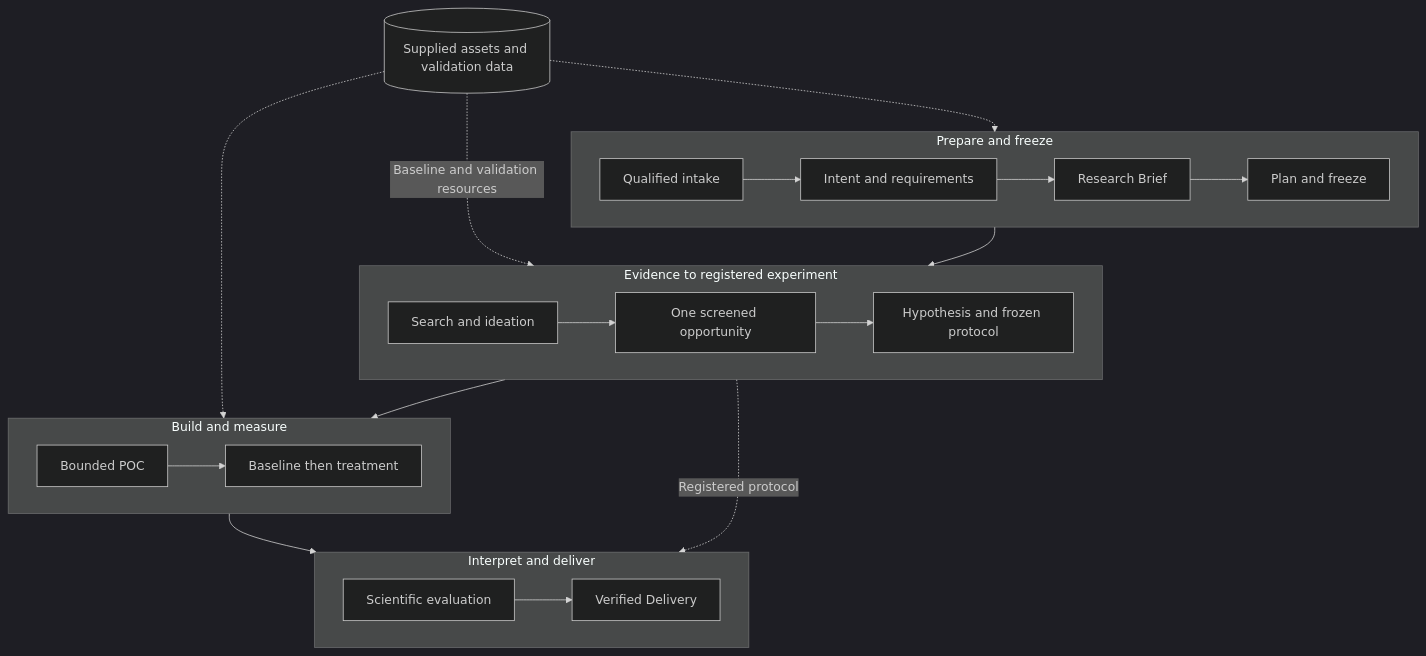
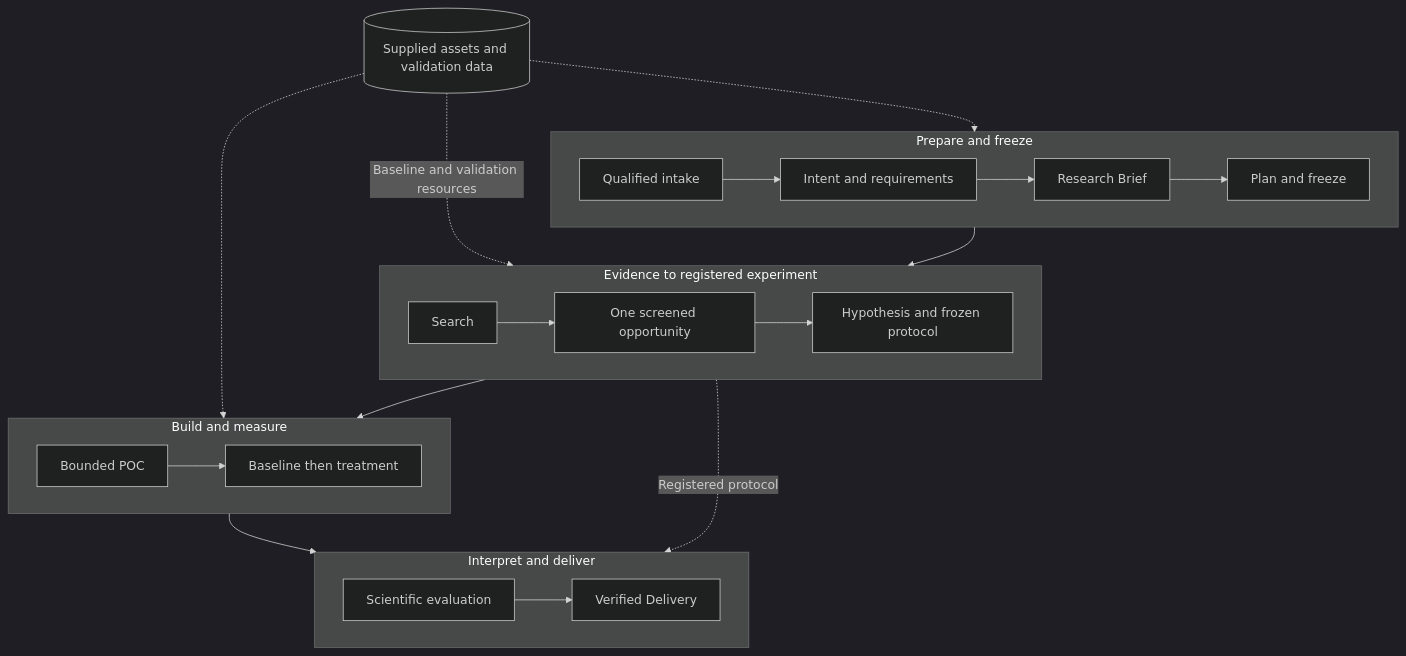
Before and after one commit to Stellven/jiuwenswarm: the first of 2 diagrams in docs/architecture/design-package/research-design.md, drawn with Mermaid (dark theme). The commit also changed other lines of this file and 194 other files, not shown here.

````diff
--- a/docs/architecture/design-package/research-design.md
+++ b/docs/architecture/design-package/research-design.md
@@ -25,24 +25,24 @@
 ```mermaid
 flowchart TB
     subgraph Prep[Prepare and freeze]
         direction LR
         I[Qualified intake] --> C[Intent and requirements] --> B[Research Brief] --> P[Plan and freeze]
     end
     subgraph Research[Evidence to registered experiment]
         direction LR
-        S[Search and ideation] --> O[One screened opportunity] --> H[Hypothesis and frozen protocol]
+        S[Search] --> O[One screened opportunity] --> H[Hypothesis and frozen protocol]
     end
     subgraph Execution[Build and measure]
         direction LR
         K[Bounded POC] --> M[Baseline then treatment]
     end
     subgraph Conclusion[Interpret and deliver]
         direction LR
         E[Scientific evaluation] --> D[Verified Delivery]
     end
     Prep --> Research --> Execution --> Conclusion
     R[(Supplied assets and validation data)] -.-> Prep
     R -.->|Baseline and validation resources| H
     R -.-> Execution
     Research -.->|Registered protocol| Conclusion
 ```
````
